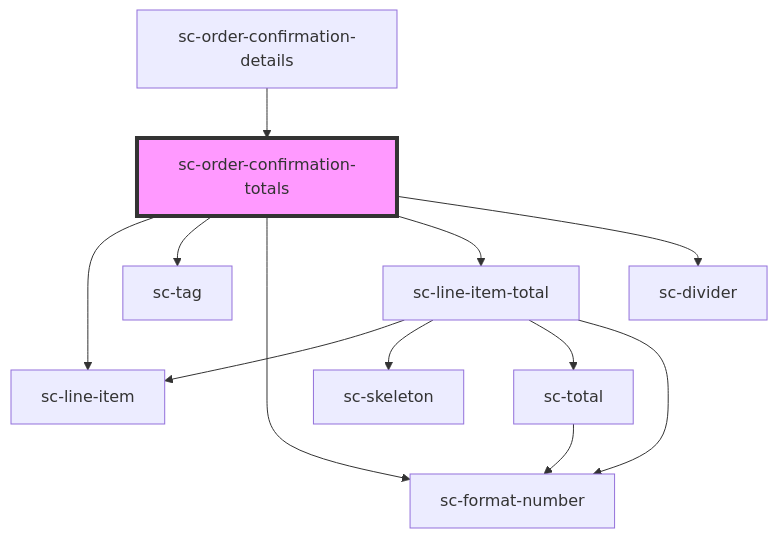
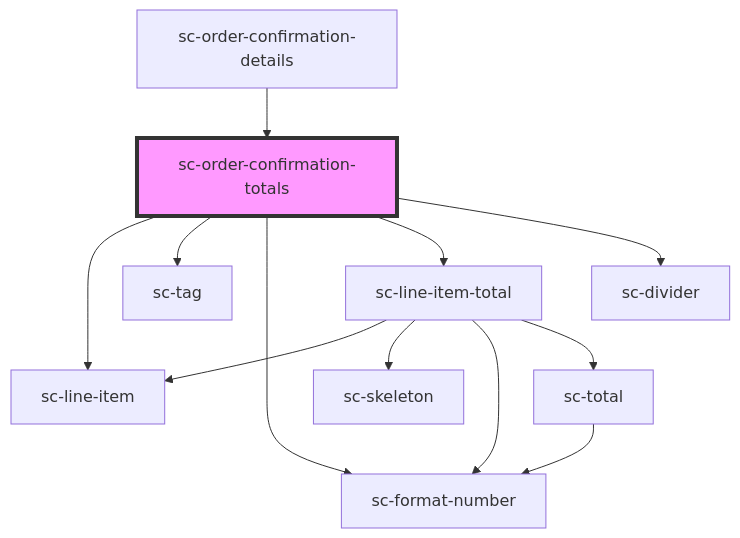
Before and after one commit to surecart/surecart-wp-plugin: the diagram in packages/components/src/components/controllers/confirmation/order-confirmation-totals/readme.md, drawn with Mermaid. The commit also changed other lines of this file and 12 other files, not shown here.

````diff
--- a/packages/components/src/components/controllers/confirmation/order-confirmation-totals/readme.md
+++ b/packages/components/src/components/controllers/confirmation/order-confirmation-totals/readme.md
@@ -30,15 +30,15 @@
 ```mermaid
 graph TD;
   sc-order-confirmation-totals --> sc-line-item
   sc-order-confirmation-totals --> sc-tag
   sc-order-confirmation-totals --> sc-format-number
   sc-order-confirmation-totals --> sc-line-item-total
   sc-order-confirmation-totals --> sc-divider
   sc-line-item-total --> sc-line-item
   sc-line-item-total --> sc-skeleton
+  sc-line-item-total --> sc-format-number
   sc-line-item-total --> sc-total
-  sc-line-item-total --> sc-format-number
   sc-total --> sc-format-number
   sc-order-confirmation-details --> sc-order-confirmation-totals
   style sc-order-confirmation-totals fill:#f9f,stroke:#333,stroke-width:4px
 ```
````
